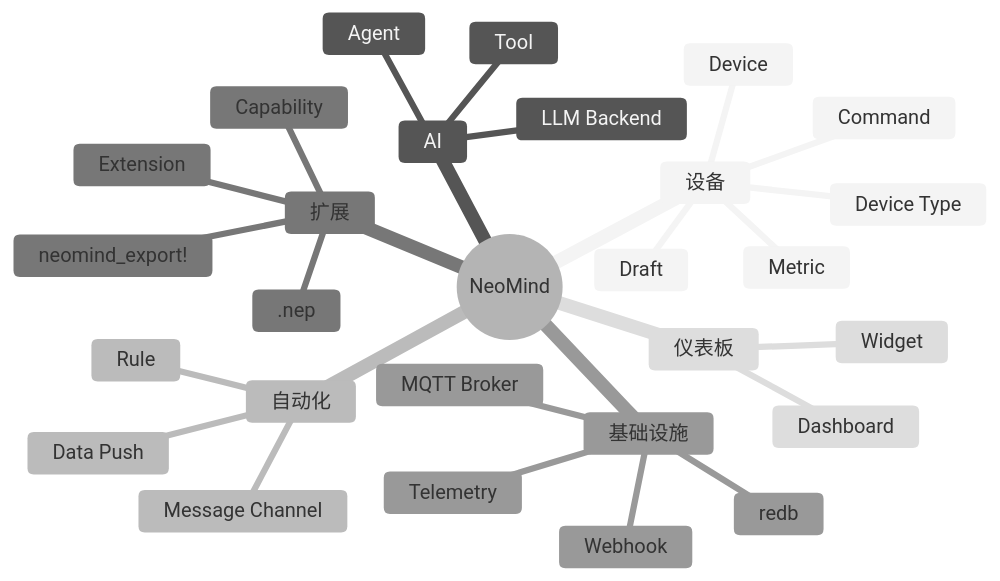
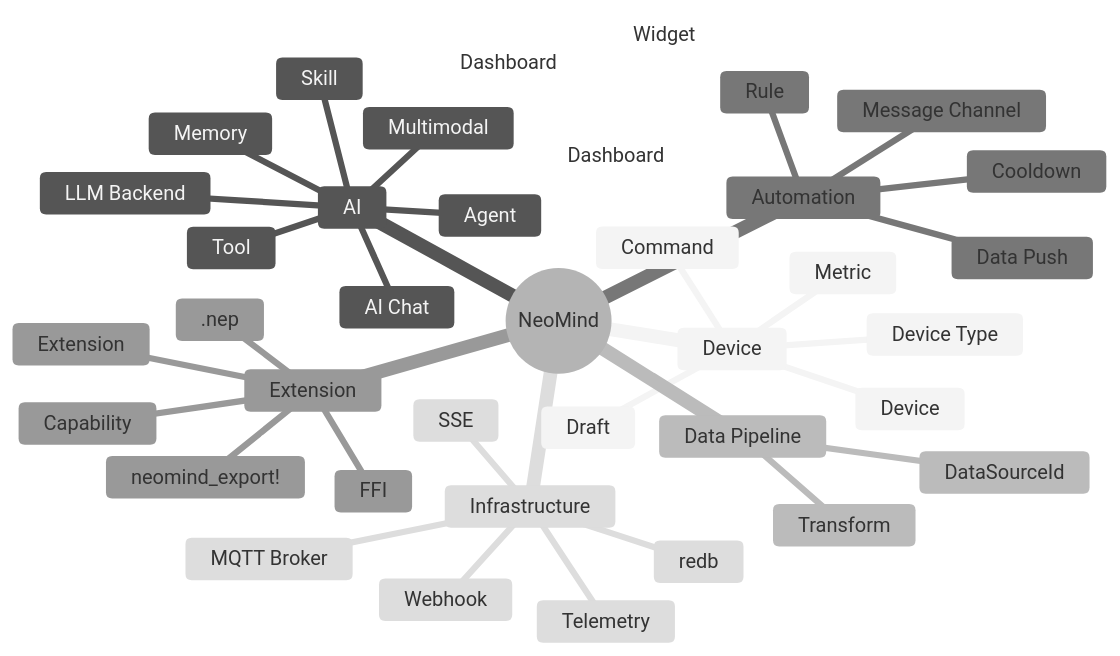
Before and after one commit to luommy/wiki-documents: the first of 2 diagrams in docs/0-neomind/concepts/1-glossary.md, drawn with Mermaid (neutral theme). The commit also changed other lines of this file and 59 other files, not shown here.

````diff
--- a/docs/0-neomind/concepts/1-glossary.md
+++ b/docs/0-neomind/concepts/1-glossary.md
@@ -25,31 +25,41 @@
 ```mermaid
 mindmap
   root((NeoMind))
-    设备
+    Device
       Device
       Device Type
       Draft
       Metric
       Command
     AI
       LLM Backend
+      AI Chat
       Agent
       Tool
-    自动化
+      Memory
+      Skill
+      Multimodal
+    Data Pipeline
+      Transform
+      DataSourceId
+    Automation
       Rule
+      Cooldown
       Message Channel
       Data Push
-    扩展
+    Extension
       Extension
       Capability
+      FFI
       .nep
       neomind_export!
-    基础设施
+    Infrastructure
       MQTT Broker
       Telemetry
       redb
       Webhook
-    仪表板
+      SSE
+    Dashboard
       Dashboard
       Widget
 ```
````
